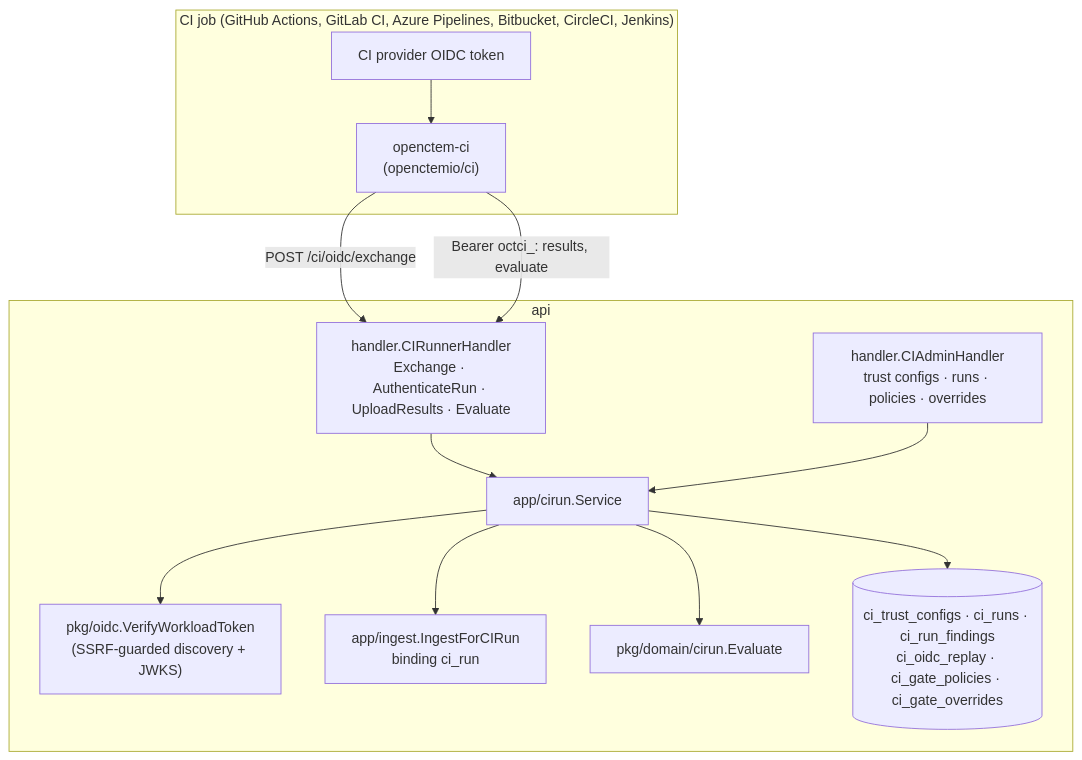
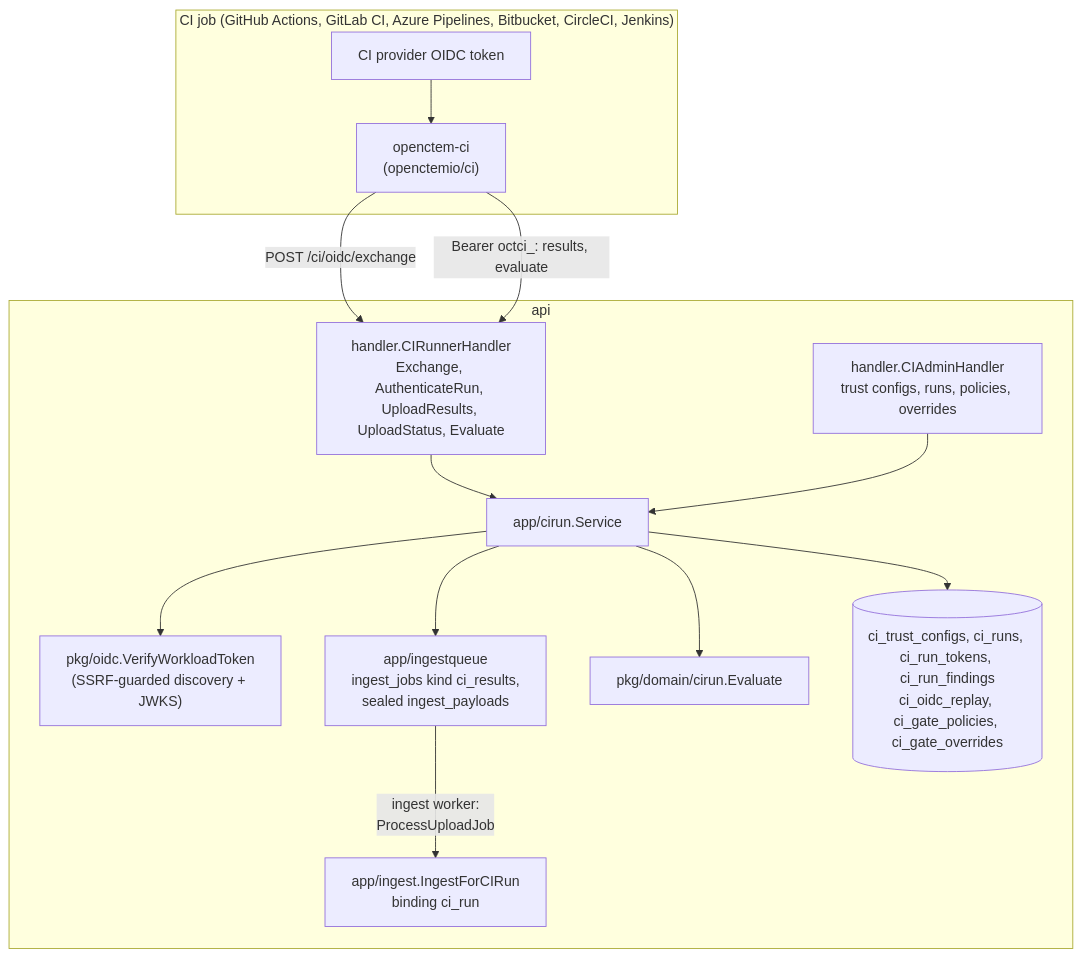
The first of 5 diagrams in api/docs/architecture/ci-runner-identity.md (openctemio/openctem), drawn with Mermaid before and after one commit. The commit also changed other lines of this file and 27 other files, not shown here.

First line of the commit message:
docs(architecture): remediation and integration flows

````diff
--- a/api/docs/architecture/ci-runner-identity.md
+++ b/api/docs/architecture/ci-runner-identity.md
@@ -10,25 +10,27 @@
 ```mermaid
 graph TD
   subgraph CI["CI job (GitHub Actions, GitLab CI, Azure Pipelines, Bitbucket, CircleCI, Jenkins)"]
     R["openctem-ci<br/>(openctemio/ci)"]
     P["CI provider OIDC token"]
     P --> R
   end
   subgraph API["api"]
-    H1["handler.CIRunnerHandler<br/>Exchange · AuthenticateRun · UploadResults · Evaluate"]
-    H2["handler.CIAdminHandler<br/>trust configs · runs · policies · overrides"]
+    H1["handler.CIRunnerHandler<br/>Exchange, AuthenticateRun, UploadResults, UploadStatus, Evaluate"]
+    H2["handler.CIAdminHandler<br/>trust configs, runs, policies, overrides"]
     S["app/cirun.Service"]
     V["pkg/oidc.VerifyWorkloadToken<br/>(SSRF-guarded discovery + JWKS)"]
+    Q["app/ingestqueue<br/>ingest_jobs kind ci_results,<br/>sealed ingest_payloads"]
     I["app/ingest.IngestForCIRun<br/>binding ci_run"]
     G["pkg/domain/cirun.Evaluate"]
-    DB[("ci_trust_configs · ci_runs · ci_run_findings<br/>ci_oidc_replay · ci_gate_policies · ci_gate_overrides")]
+    DB[("ci_trust_configs, ci_runs, ci_run_tokens, ci_run_findings<br/>ci_oidc_replay, ci_gate_policies, ci_gate_overrides")]
   end
   R -- "POST /ci/oidc/exchange" --> H1
   R -- "Bearer octci_: results, evaluate" --> H1
   H1 --> S
   H2 --> S
   S --> V
-  S --> I
+  S --> Q
+  Q -- "ingest worker:<br/>ProcessUploadJob" --> I
   S --> G
   S --> DB
 ```
````
